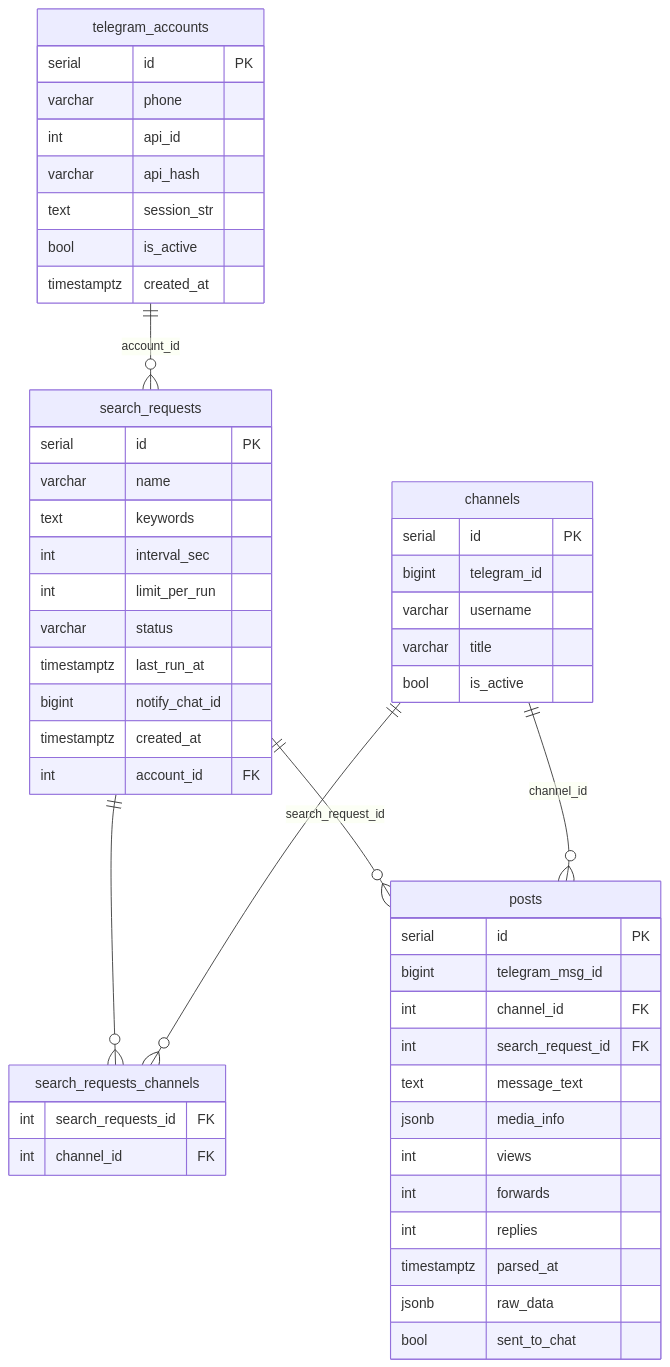
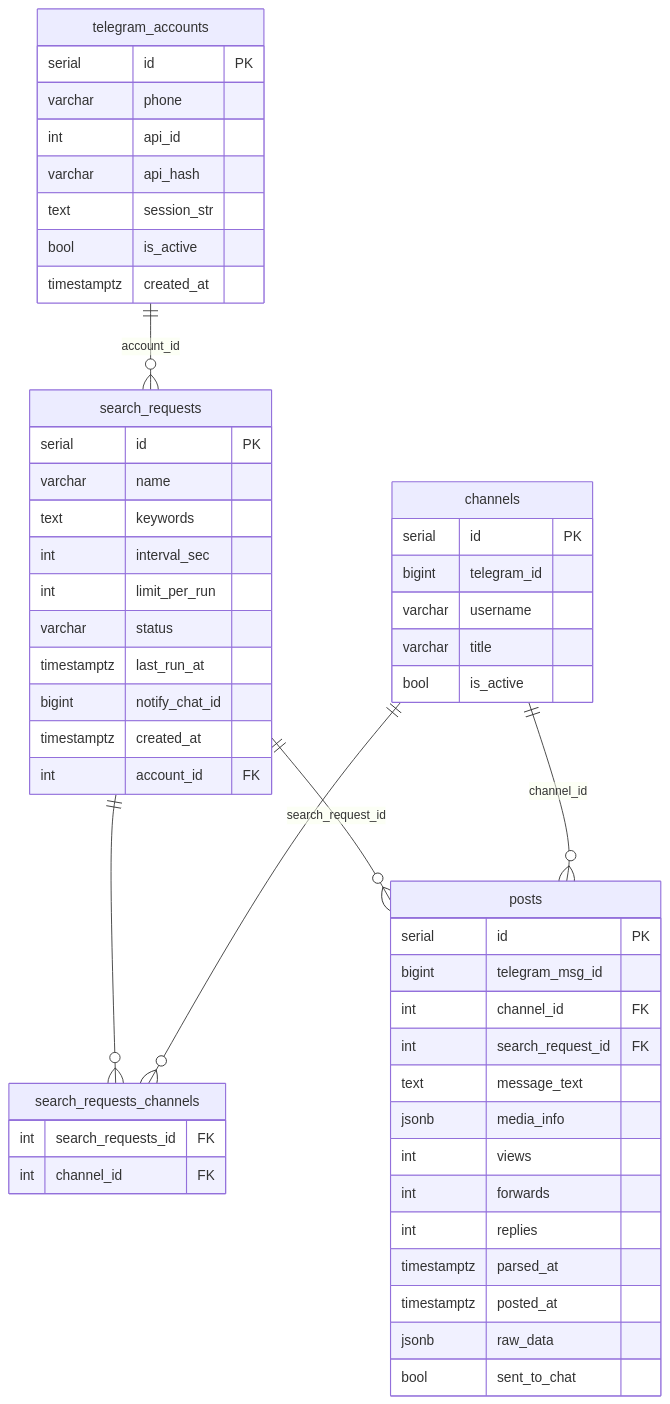
Before and after one commit to Aleksandr-Konoplev/tg_parser: the diagram in README.md, drawn with Mermaid. The commit also changed other lines of this file and 7 other files, not shown here.

````diff
--- a/README.md
+++ b/README.md
@@ -21,59 +22,60 @@
 ```mermaid
 erDiagram
     telegram_accounts ||--o{ search_requests : "account_id"
     search_requests ||--o{ search_requests_channels : ""
     channels ||--o{ search_requests_channels : ""
     search_requests ||--o{ posts : "search_request_id"
     channels ||--o{ posts : "channel_id"
 
     telegram_accounts {
         serial id PK
         varchar phone
         int api_id
         varchar api_hash
         text session_str
         bool is_active
         timestamptz created_at
     }
 
     channels {
         serial id PK
         bigint telegram_id
         varchar username
         varchar title
         bool is_active
     }
 
     search_requests {
         serial id PK
         varchar name
         text keywords
         int interval_sec
         int limit_per_run
         varchar status
         timestamptz last_run_at
         bigint notify_chat_id
         timestamptz created_at
         int account_id FK
     }
 
     search_requests_channels {
         int search_requests_id FK
         int channel_id FK
     }
 
     posts {
         serial id PK
         bigint telegram_msg_id
         int channel_id FK
         int search_request_id FK
         text message_text
         jsonb media_info
         int views
         int forwards
         int replies
         timestamptz parsed_at
+        timestamptz posted_at
         jsonb raw_data
         bool sent_to_chat
     }
 ```
````
